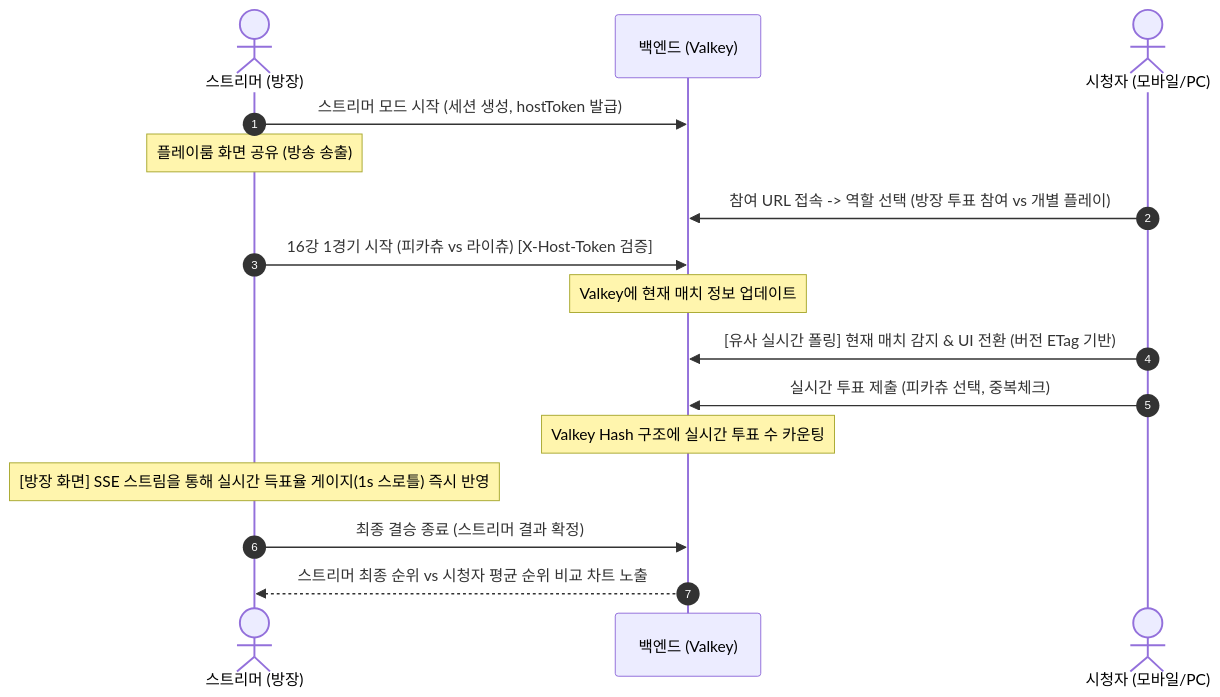
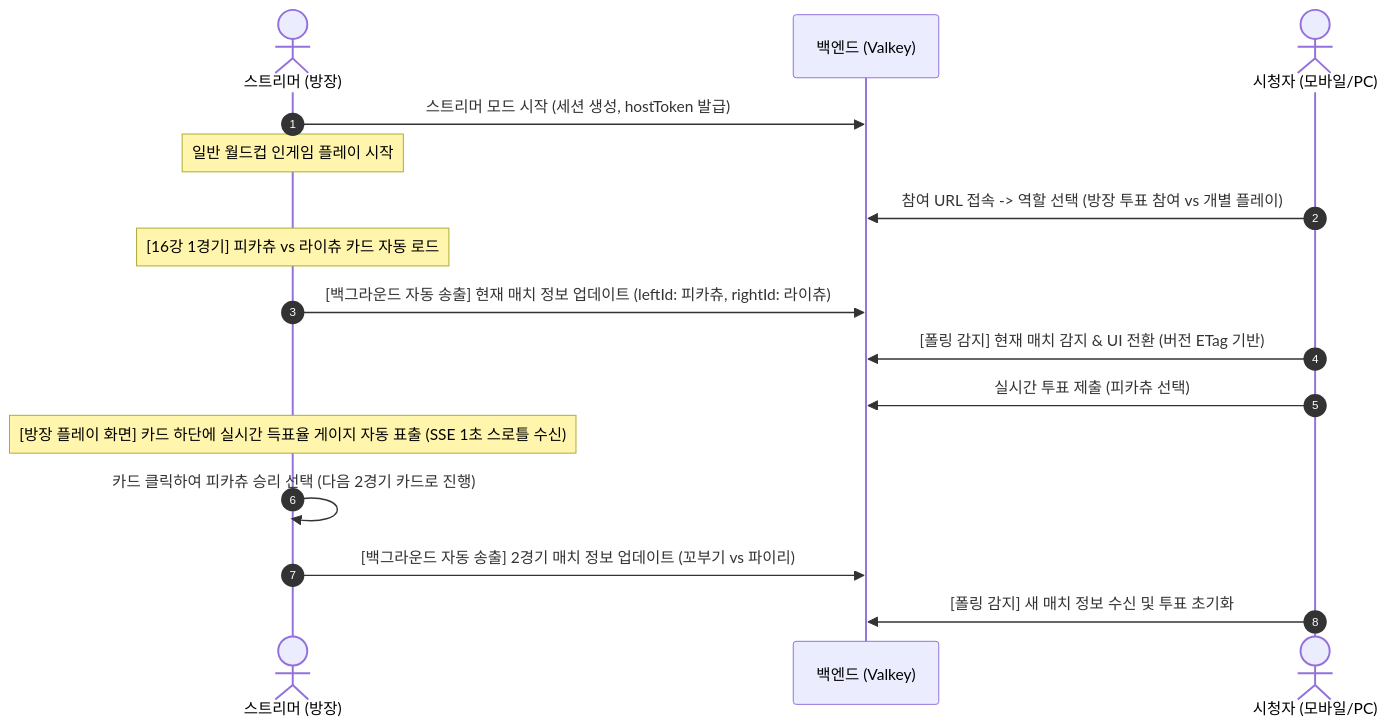
Before and after one commit to sleep5115/Pickty: the diagram in docs/STREAMER-MODE-PLAN.md, drawn with Mermaid. The commit also changed other lines of this file and 7 other files, not shown here.

````diff
--- a/docs/STREAMER-MODE-PLAN.md
+++ b/docs/STREAMER-MODE-PLAN.md
@@ -20,21 +20,21 @@
 ```mermaid
 sequenceDiagram
     autonumber
     actor S as 스트리머 (방장)
     participant B as 백엔드 (Valkey)
     actor V as 시청자 (모바일/PC)
 
     S->>B: 스트리머 모드 시작 (세션 생성, hostToken 발급)
-    Note over S: 플레이룸 화면 공유 (방송 송출)
+    Note over S: 일반 월드컵 인게임 플레이 시작
     V->>B: 참여 URL 접속 -> 역할 선택 (방장 투표 참여 vs 개별 플레이)
     
-    S->>B: 16강 1경기 시작 (피카츄 vs 라이츄) [X-Host-Token 검증]
-    Note over B: Valkey에 현재 매치 정보 업데이트
-    V->>B: [유사 실시간 폴링] 현재 매치 감지 & UI 전환 (버전 ETag 기반)
-    V->>B: 실시간 투표 제출 (피카츄 선택, 중복체크)
-    Note over B: Valkey Hash 구조에 실시간 투표 수 카운팅
+    Note over S: [16강 1경기] 피카츄 vs 라이츄 카드 자동 로드
+    S->>B: [백그라운드 자동 송출] 현재 매치 정보 업데이트 (leftId: 피카츄, rightId: 라이츄)
+    V->>B: [폴링 감지] 현재 매치 감지 & UI 전환 (버전 ETag 기반)
+    V->>B: 실시간 투표 제출 (피카츄 선택)
     
-    Note over S: [방장 화면] SSE 스트림을 통해 실시간 득표율 게이지(1s 스로틀) 즉시 반영
-    S->>B: 최종 결승 종료 (스트리머 결과 확정)
-    B-->>S: 스트리머 최종 순위 vs 시청자 평균 순위 비교 차트 노출
+    Note over S: [방장 플레이 화면] 카드 하단에 실시간 득표율 게이지 자동 표출 (SSE 1초 스로틀 수신)
+    S->>S: 카드 클릭하여 피카츄 승리 선택 (다음 2경기 카드로 진행)
+    S->>B: [백그라운드 자동 송출] 2경기 매치 정보 업데이트 (꼬부기 vs 파이리)
+    V->>B: [폴링 감지] 새 매치 정보 수신 및 투표 초기화
 ```
````
